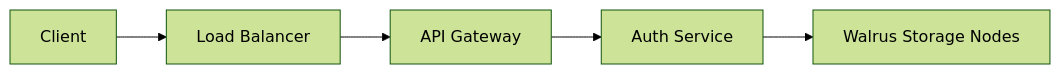
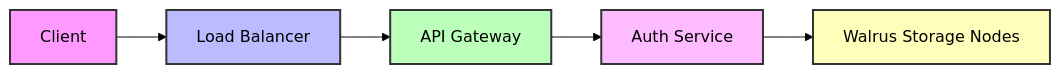
The second of 3 diagrams in technical/architecture.mdx (RivenLSCP/docs), drawn with Mermaid (forest theme) before and after one commit. The commit also changed other lines of this file and 3 other files, not shown here.

````diff
--- a/technical/architecture.mdx
+++ b/technical/architecture.mdx
@@ -124,7 +132,13 @@
 ```mermaid
 graph LR
     A[Client] --> B[Load Balancer]
     B --> C[API Gateway]
     C --> D[Auth Service]
     D --> E[Walrus Storage Nodes]
+
+    style A fill:#f9f,stroke:#333,stroke-width:2px
+    style B fill:#bbf,stroke:#333,stroke-width:2px
+    style C fill:#bfb,stroke:#333,stroke-width:2px
+    style D fill:#fbf,stroke:#333,stroke-width:2px
+    style E fill:#ffb,stroke:#333,stroke-width:2px
 ```
````
